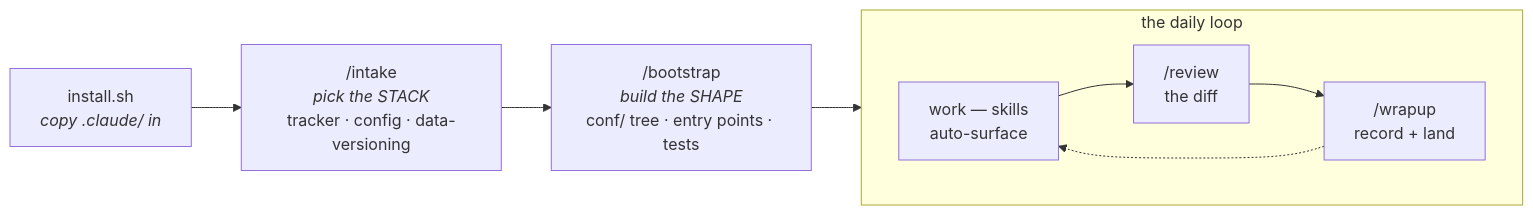
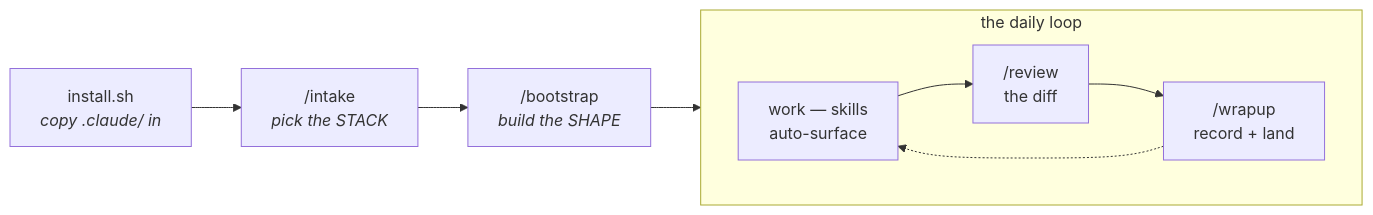
One commit to BrendenKennedy/claude-for-datascience changed the diagram in README.md. Above: the diagram before and after it, drawn with Mermaid. The commit also changed other lines of this file, not shown here.

````diff
--- a/README.md
+++ b/README.md
@@ -59,11 +52,11 @@
 ```mermaid
 flowchart LR
-    A["install.sh<br/><i>copy .claude/ in</i>"] --> B["/intake<br/><i>pick the STACK</i><br/>tracker · config · data-versioning"]
-    B --> C["/bootstrap<br/><i>build the SHAPE</i><br/>conf/ tree · entry points · tests"]
+    A["install.sh<br/><i>copy .claude/ in</i>"] --> B["/intake<br/><i>pick the STACK</i>"]
+    B --> C["/bootstrap<br/><i>build the SHAPE</i>"]
     C --> D["daily loop"]
     subgraph D["the daily loop"]
         direction LR
         E["work — skills<br/>auto-surface"] --> F["/review<br/>the diff"] --> G["/wrapup<br/>record + land"]
         G -.-> E
     end
 ```
````
